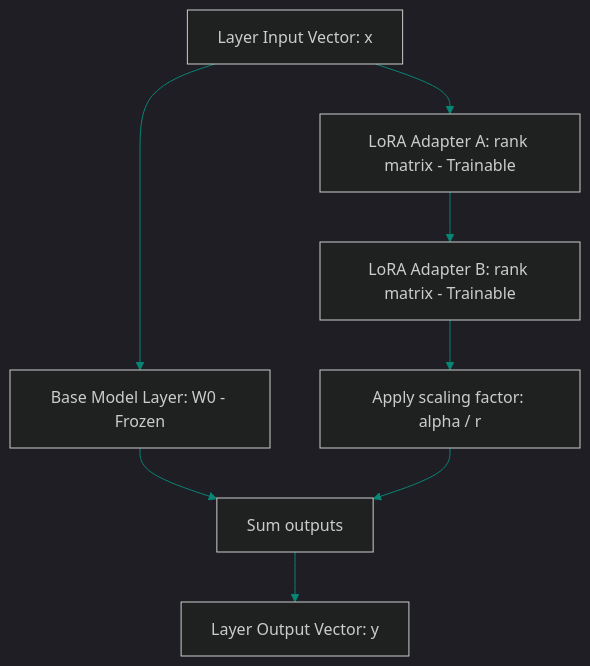
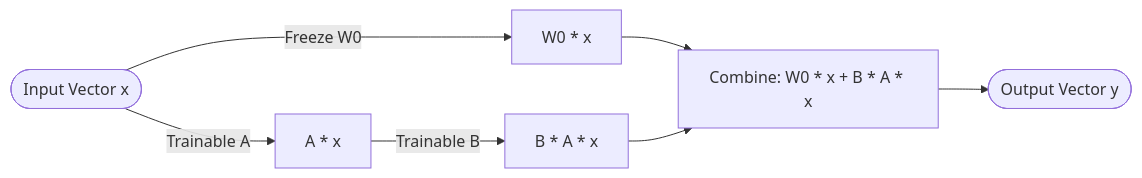
One commit to akmalkhaniub/akmalkhaniub.github.io changed the diagram in blog/posts/slm-parameter-efficient-fine-tuning-lora-qlora.md. Above: the diagram before and after it, drawn with Mermaid. The commit also changed other lines of this file and 174 other files, not shown here.

````diff
--- a/blog/posts/slm-parameter-efficient-fine-tuning-lora-qlora.md
+++ b/blog/posts/slm-parameter-efficient-fine-tuning-lora-qlora.md
@@ -20,13 +19,9 @@
 ```mermaid
-%%{init: {'theme': 'dark', 'themeVariables': { 'primaryColor': '#088574', 'primaryTextColor': '#f3f4f6', 'primaryBorderColor': '#0db49b', 'lineColor': '#088574', 'secondaryColor': '#111827', 'tertiaryColor': '#0b0f19'}}}%%
-flowchart TD
-    Input[Layer Input Vector: x] --> Base[Base Model Layer: W0 - Frozen]
-    Input --> AdapterA[LoRA Adapter A: rank matrix - Trainable]
-    
-    AdapterA --> AdapterB[LoRA Adapter B: rank matrix - Trainable]
-    AdapterB --> Scaling[Apply scaling factor: alpha / r]
-    
-    Base --> Combine[Sum outputs]
-    Scaling --> Combine
-    Combine --> Output[Layer Output Vector: y]
+graph LR
+  Input([Input Vector x]) --> |Freeze W0| BaseProduct[W0 * x]
+  Input --> |Trainable A| MatrixA[A * x]
+  MatrixA --> |Trainable B| MatrixB[B * A * x]
+  BaseProduct --> Sum[Combine: W0 * x + B * A * x]
+  MatrixB --> Sum
+  Sum --> Output([Output Vector y])
 ```
````
